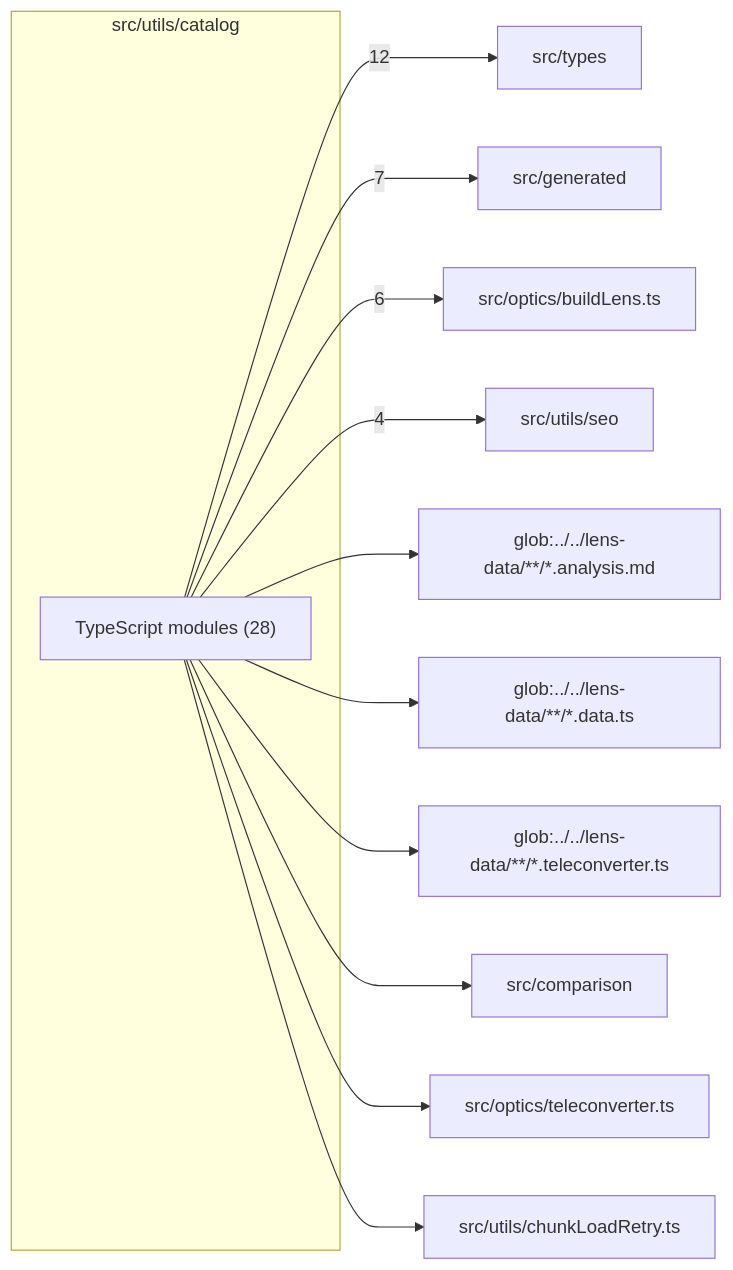
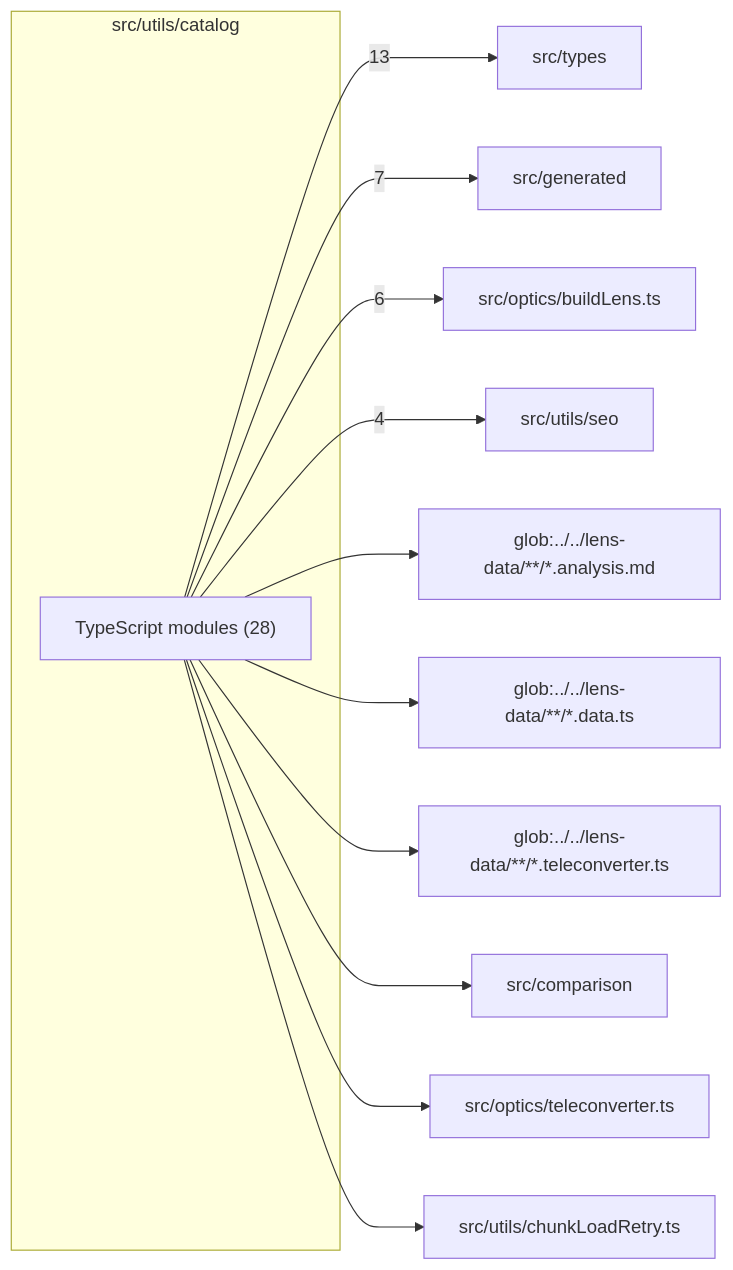
Before and after one commit to ronbuening/LensVisualizer: the diagram in src/utils/catalog/readme.md, drawn with Mermaid. The commit also changed other lines of this file and 28 other files, not shown here.

````diff
--- a/src/utils/catalog/readme.md
+++ b/src/utils/catalog/readme.md
@@ -9,26 +9,26 @@
 ```mermaid
 flowchart LR
   subgraph n_src_utils_catalog["src/utils/catalog"]
     n_src_utils_catalog_TypeScript_modules["TypeScript modules (28)"]
   end
   n_external_src_types["src/types"]
   n_external_src_generated["src/generated"]
   n_external_src_optics_buildLens_ts["src/optics/buildLens.ts"]
   n_external_src_utils_seo["src/utils/seo"]
   n_external_glob_______lens_data______analysis_md["glob:../../lens-data/**/*.analysis.md"]
   n_external_glob_______lens_data______data_ts["glob:../../lens-data/**/*.data.ts"]
   n_external_glob_______lens_data______teleconverter_ts["glob:../../lens-data/**/*.teleconverter.ts"]
   n_external_src_comparison["src/comparison"]
   n_external_src_optics_teleconverter_ts["src/optics/teleconverter.ts"]
   n_external_src_utils_chunkLoadRetry_ts["src/utils/chunkLoadRetry.ts"]
-  n_src_utils_catalog_TypeScript_modules --> |12| n_external_src_types
+  n_src_utils_catalog_TypeScript_modules --> |13| n_external_src_types
   n_src_utils_catalog_TypeScript_modules --> |7| n_external_src_generated
   n_src_utils_catalog_TypeScript_modules --> |6| n_external_src_optics_buildLens_ts
   n_src_utils_catalog_TypeScript_modules --> |4| n_external_src_utils_seo
   n_src_utils_catalog_TypeScript_modules --> n_external_glob_______lens_data______analysis_md
   n_src_utils_catalog_TypeScript_modules --> n_external_glob_______lens_data______data_ts
   n_src_utils_catalog_TypeScript_modules --> n_external_glob_______lens_data______teleconverter_ts
   n_src_utils_catalog_TypeScript_modules --> n_external_src_comparison
   n_src_utils_catalog_TypeScript_modules --> n_external_src_optics_teleconverter_ts
   n_src_utils_catalog_TypeScript_modules --> n_external_src_utils_chunkLoadRetry_ts
 ```
````
